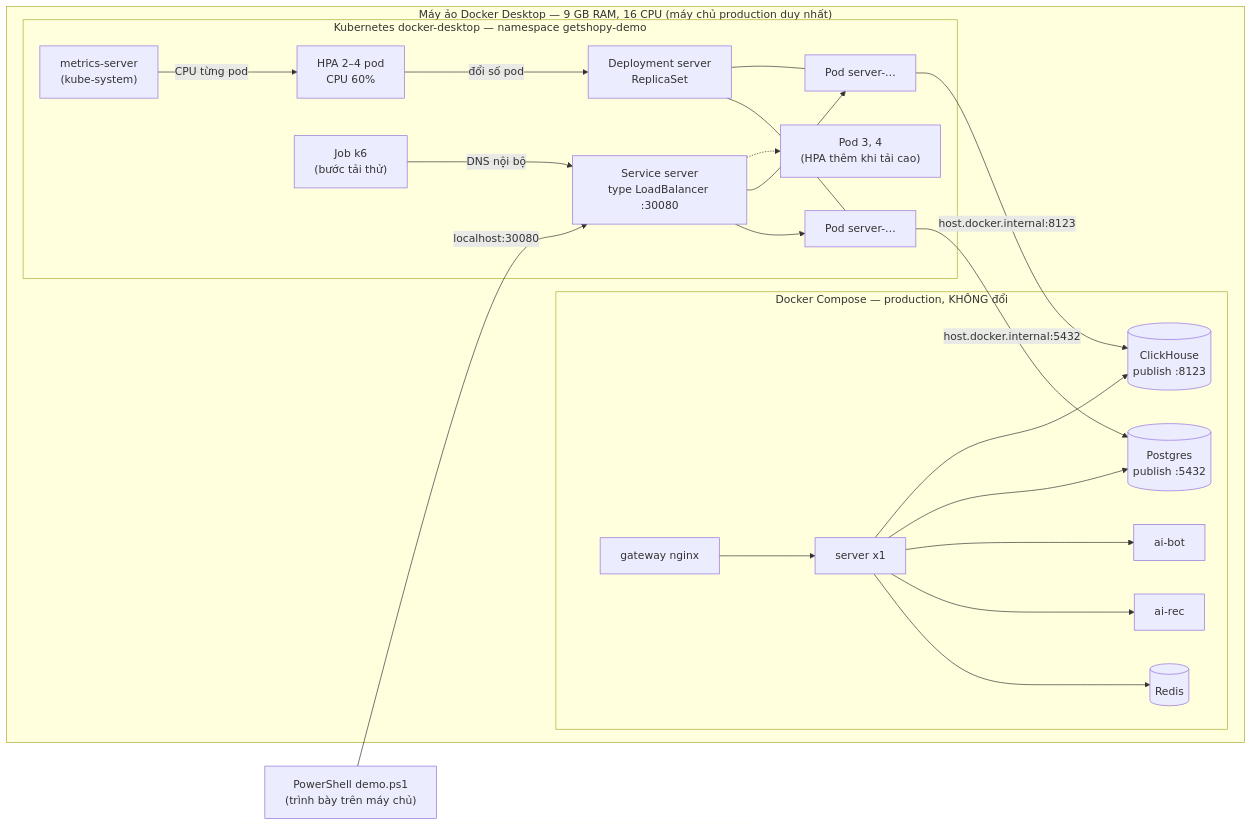
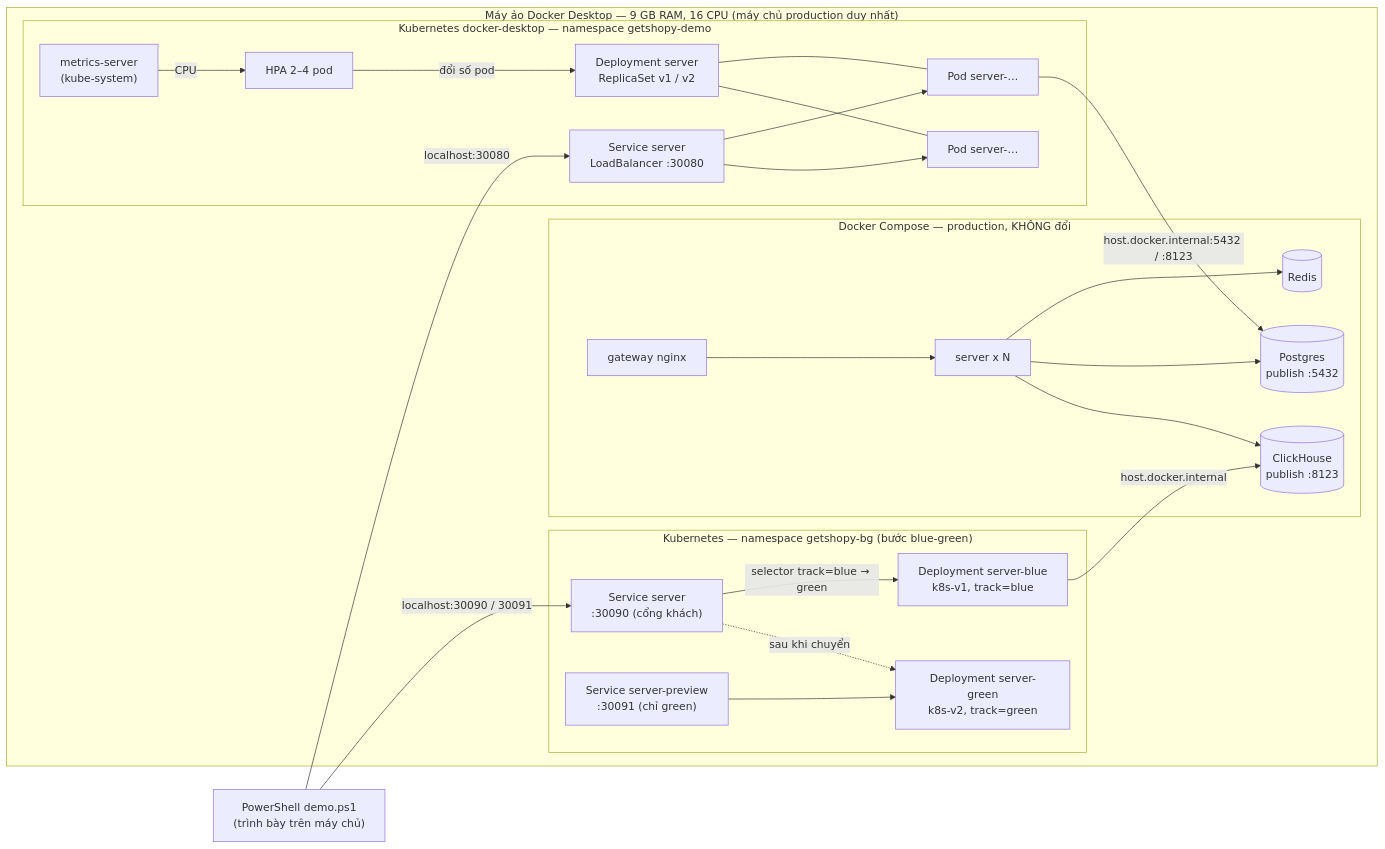
Before and after one commit to LeVanTrieuAn/ktln-Getshopy: the diagram in deploy/k8s-demo/README.md, drawn with Mermaid. The commit also changed other lines of this file and 1 other file, not shown here.

First line of the commit message:
docs(k8s-demo): README phát hành không gián đoạn; so sánh rolling / blue-green / recreate

````diff
--- a/deploy/k8s-demo/README.md
+++ b/deploy/k8s-demo/README.md
@@ -13,40 +15,45 @@
 ```mermaid
 flowchart LR
     U["PowerShell demo.ps1<br/>(trình bày trên máy chủ)"]
 
     subgraph VM["Máy ảo Docker Desktop — 9 GB RAM, 16 CPU (máy chủ production duy nhất)"]
         subgraph C["Docker Compose — production, KHÔNG đổi"]
-            GW["gateway nginx"] --> S0["server x1"]
+            GW["gateway nginx"] --> S0["server x N"]
             S0 --> RD[("Redis")]
-            S0 --> AR["ai-rec"]
-            S0 --> AB["ai-bot"]
             PG[("Postgres<br/>publish :5432")]
             CH[("ClickHouse<br/>publish :8123")]
             S0 --> PG
             S0 --> CH
         end
 
         subgraph K["Kubernetes docker-desktop — namespace getshopy-demo"]
-            SVC["Service server<br/>type LoadBalancer :30080"]
+            SVC["Service server<br/>LoadBalancer :30080"]
+            DEP["Deployment server<br/>ReplicaSet v1 / v2"]
             P1["Pod server-…"]
             P2["Pod server-…"]
-            P3["Pod 3, 4<br/>(HPA thêm khi tải cao)"]
-            DEP["Deployment server<br/>ReplicaSet"]
-            HPA["HPA 2–4 pod<br/>CPU 60%"]
+            HPA["HPA 2–4 pod"]
             MS["metrics-server<br/>(kube-system)"]
-            K6["Job k6<br/>(bước tải thử)"]
             SVC --> P1
             SVC --> P2
-            SVC -.-> P3
             DEP --- P1
             DEP --- P2
             HPA -->|"đổi số pod"| DEP
-            MS -->|"CPU từng pod"| HPA
-            K6 -->|"DNS nội bộ"| SVC
+            MS -->|"CPU"| HPA
+        end
+
+        subgraph BG["Kubernetes — namespace getshopy-bg (bước blue-green)"]
+            SB["Service server<br/>:30090 (cổng khách)"]
+            SP["Service server-preview<br/>:30091 (chỉ green)"]
+            B["Deployment server-blue<br/>k8s-v1, track=blue"]
+            G["Deployment server-green<br/>k8s-v2, track=green"]
+            SB -->|"selector track=blue → green"| B
+            SB -.->|"sau khi chuyển"| G
+            SP --> G
         end
     end
 
     U -->|"localhost:30080"| SVC
-    P1 -->|"host.docker.internal:5432"| PG
-    P2 -->|"host.docker.internal:8123"| CH
+    U -->|"localhost:30090 / 30091"| SB
+    P1 -->|"host.docker.internal:5432 / :8123"| PG
+    B -->|"host.docker.internal"| CH
 ```
````
